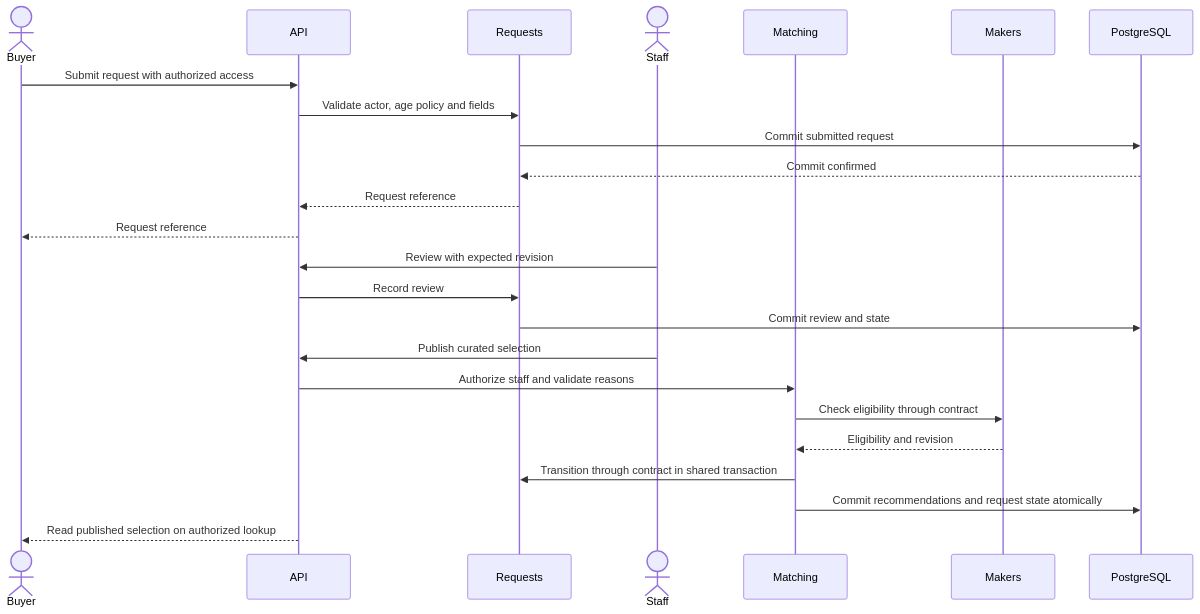
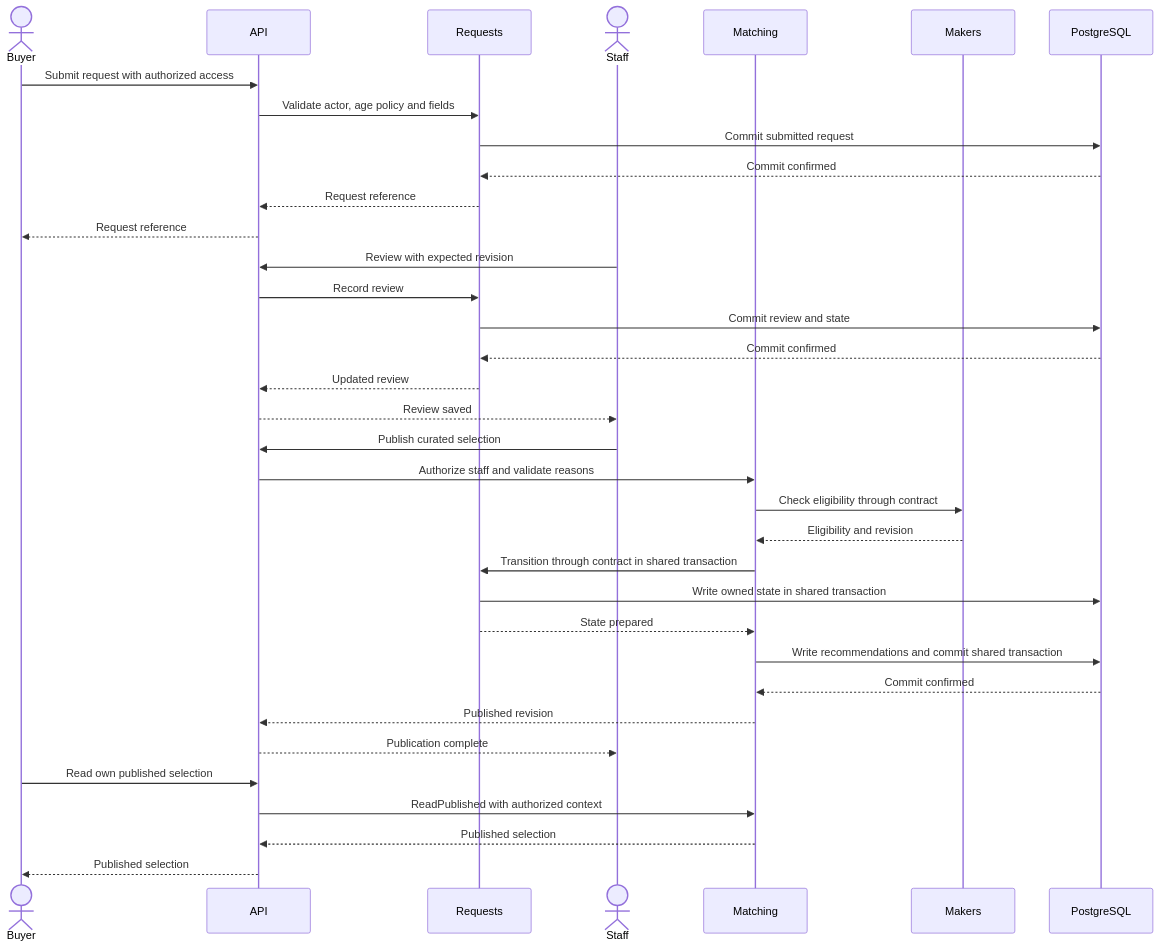
The second of 2 diagrams in docs/architecture/lifecycle.es.md (SnakeGuitar/furrify), drawn with Mermaid before and after one commit. The commit also changed other lines of this file and 27 other files, not shown here.

````diff
--- a/docs/architecture/lifecycle.es.md
+++ b/docs/architecture/lifecycle.es.md
@@ -28,26 +28,37 @@
 ```mermaid
 sequenceDiagram
  actor Buyer
  participant API
  participant Requests
  actor Staff
  participant Matching
  participant Makers
  participant DB as PostgreSQL
  Buyer->>API: Submit request with authorized access
  API->>Requests: Validate actor, age policy and fields
  Requests->>DB: Commit submitted request
  DB-->>Requests: Commit confirmed
  Requests-->>API: Request reference
  API-->>Buyer: Request reference
  Staff->>API: Review with expected revision
  API->>Requests: Record review
  Requests->>DB: Commit review and state
+ DB-->>Requests: Commit confirmed
+ Requests-->>API: Updated review
+ API-->>Staff: Review saved
  Staff->>API: Publish curated selection
  API->>Matching: Authorize staff and validate reasons
  Matching->>Makers: Check eligibility through contract
  Makers-->>Matching: Eligibility and revision
  Matching->>Requests: Transition through contract in shared transaction
- Matching->>DB: Commit recommendations and request state atomically
- API-->>Buyer: Read published selection on authorized lookup
+ Requests->>DB: Write owned state in shared transaction
+ Requests-->>Matching: State prepared
+ Matching->>DB: Write recommendations and commit shared transaction
+ DB-->>Matching: Commit confirmed
+ Matching-->>API: Published revision
+ API-->>Staff: Publication complete
+ Buyer->>API: Read own published selection
+ API->>Matching: ReadPublished with authorized context
+ Matching-->>API: Published selection
+ API-->>Buyer: Published selection
 ```
````
